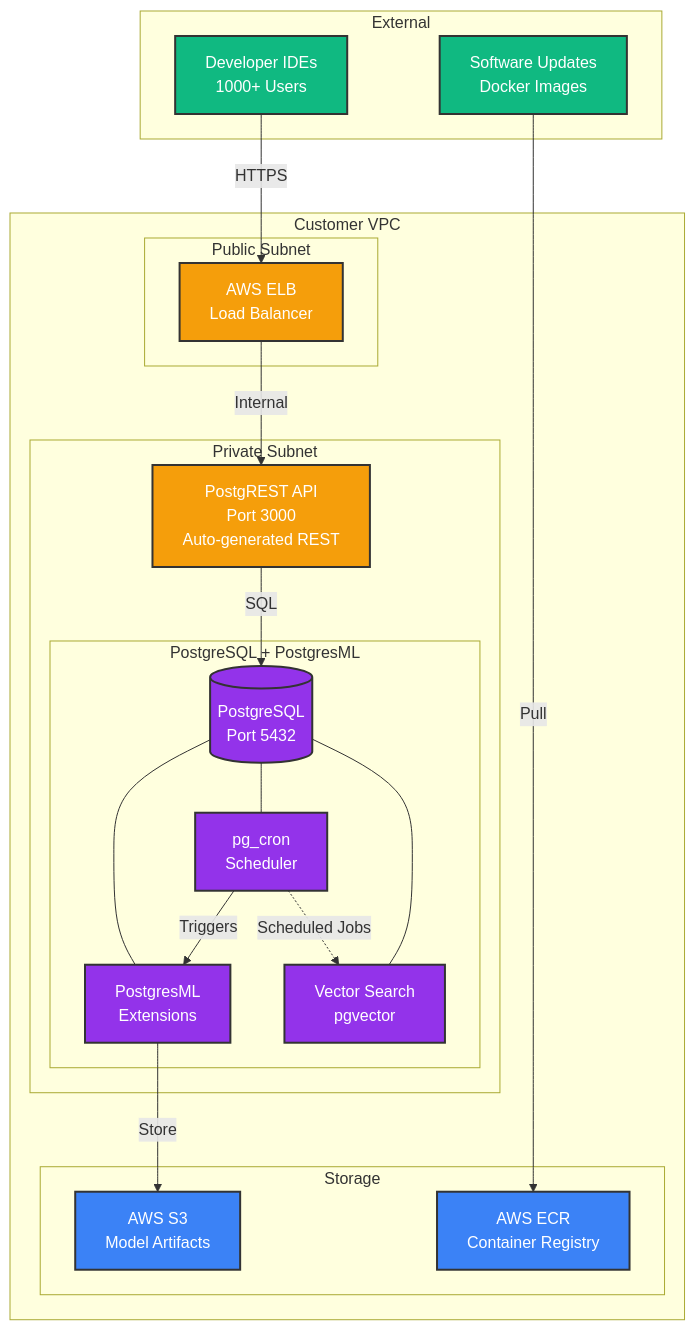
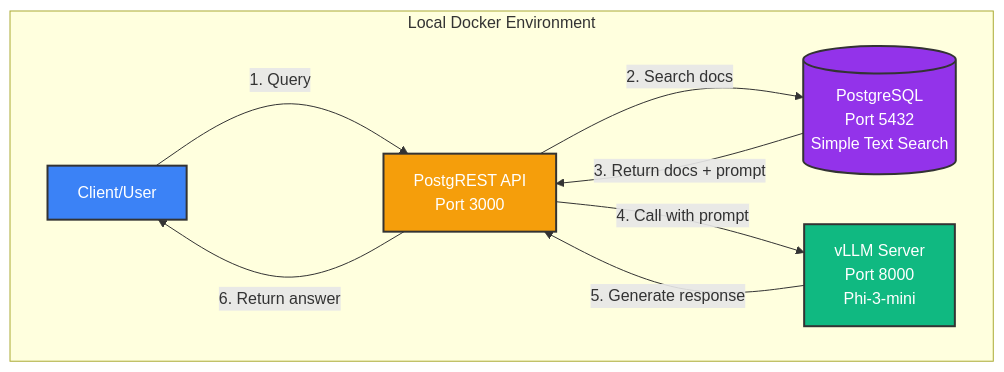
One commit to devad2/pools changed the first of 2 diagrams in README.md. Above: the diagram before and after it, drawn with Mermaid. The commit also changed other lines of this file and 5 other files, not shown here.

````diff
--- a/README.md
+++ b/README.md
@@ -5,53 +5,27 @@
 ```mermaid
 graph TB
-    subgraph "Customer VPC"
-        subgraph "Public Subnet"
-            LB[AWS ELB<br/>Load Balancer]
-        end
-        
-        subgraph "Private Subnet"
-            API[PostgREST API<br/>Port 3000<br/>Auto-generated REST]
-            
-            subgraph "PostgreSQL + PostgresML"
-                DB[(PostgreSQL<br/>Port 5432)]
-                ML[PostgresML<br/>Extensions]
-                CRON[pg_cron<br/>Scheduler]
-                VECTOR[Vector Search<br/>pgvector]
-            end
-            
-            DB --- ML
-            DB --- CRON
-            DB --- VECTOR
-        end
-        
-        subgraph "Storage"
-            S3[AWS S3<br/>Model Artifacts]
-            ECR[AWS ECR<br/>Container Registry]
-        end
+    subgraph "Local Docker Environment"
+        CLIENT[Client/User]
+
+        API[PostgREST API<br/>Port 3000]
+        DB[(PostgreSQL<br/>Port 5432<br/>Simple Text Search)]
+        LLM[vLLM Server<br/>Port 8000<br/>Phi-3-mini]
     end
-    
-    subgraph "External"
-        DEV[Developer IDEs<br/>1000+ Users]
-        UPDATE[Software Updates<br/>Docker Images]
-    end
-    
-    DEV -->|HTTPS| LB
-    LB -->|Internal| API
-    API -->|SQL| DB
-    
-    ML -->|Store| S3
-    UPDATE -->|Pull| ECR
-    
-    CRON -->|Triggers| ML
-    CRON -.->|Scheduled Jobs| VECTOR
-    
+
+    CLIENT -->|1. Query| API
+    API -->|2. Search docs| DB
+    DB -->|3. Return docs + prompt| API
+    API -->|4. Call with prompt| LLM
+    LLM -->|5. Generate response| API
+    API -->|6. Return answer| CLIENT
+
     classDef database fill:#9333ea,stroke:#333,stroke-width:2px,color:#fff
     classDef api fill:#f59e0b,stroke:#333,stroke-width:2px,color:#fff
-    classDef storage fill:#3b82f6,stroke:#333,stroke-width:2px,color:#fff
-    classDef external fill:#10b981,stroke:#333,stroke-width:2px,color:#fff
-    
-    class DB,ML,CRON,VECTOR database
-    class API,LB api
-    class S3,ECR storage
-    class DEV,UPDATE external
+    classDef llm fill:#10b981,stroke:#333,stroke-width:2px,color:#fff
+    classDef client fill:#3b82f6,stroke:#333,stroke-width:2px,color:#fff
+
+    class DB database
+    class API api
+    class LLM llm
+    class CLIENT client
 ```
````
